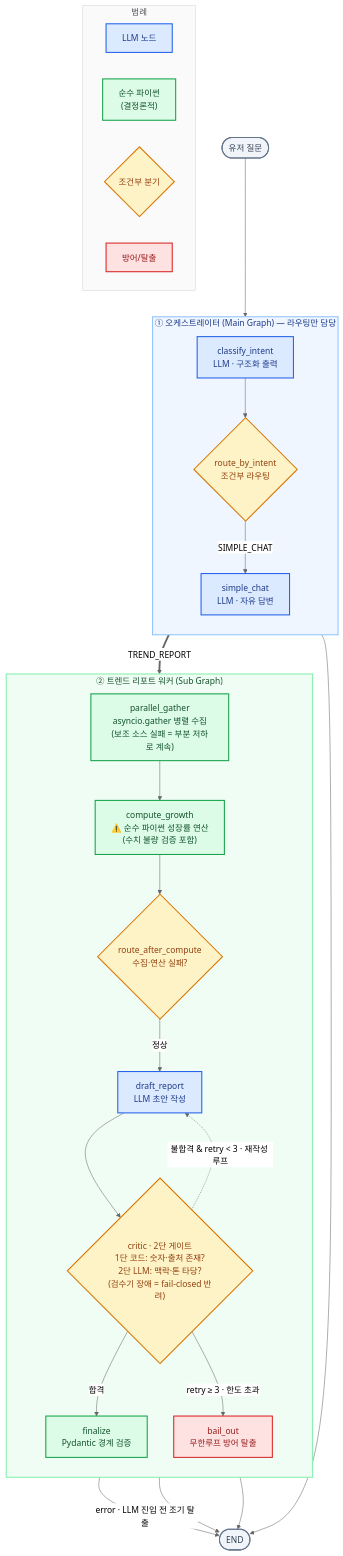
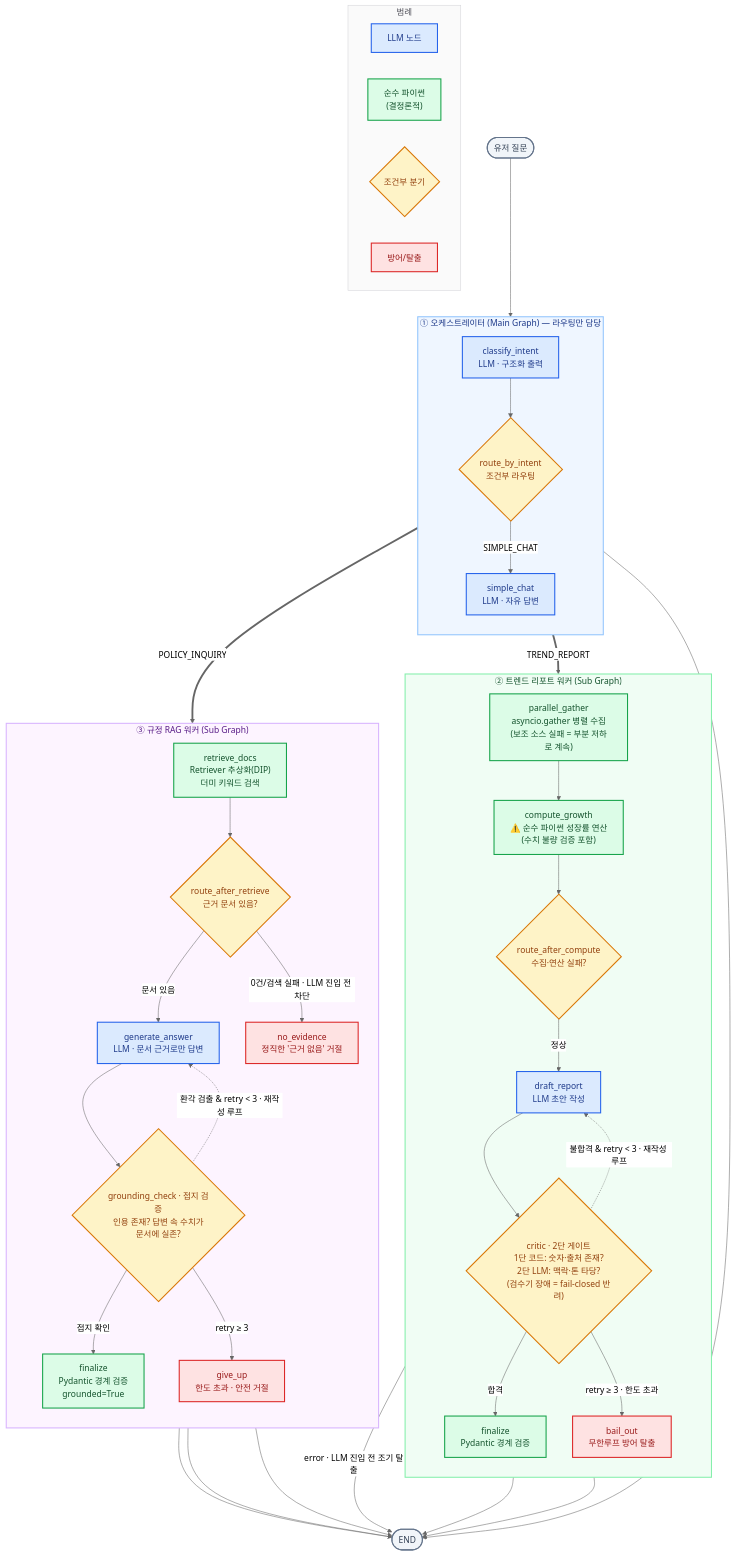
Before and after one commit to kskt1234-netizen/AI-customer-support-trend-report-agent: the diagram in README.md, drawn with Mermaid (neutral theme). The commit also changed other lines of this file and 1 other file, not shown here.

First line of the commit message:
docs: README·CLAUDE.md에 RAG 워커 아키텍처·접지 원칙 반영

````diff
--- a/README.md
+++ b/README.md
@@ -20,55 +21,77 @@
 ```mermaid
 flowchart TD
     U([유저 질문]):::io
 
     subgraph MAIN["① 오케스트레이터 (Main Graph) — 라우팅만 담당"]
         direction TB
         C["classify_intent<br/>LLM · 구조화 출력"]:::llm
         R{"route_by_intent<br/>조건부 라우팅"}:::branch
         S["simple_chat<br/>LLM · 자유 답변"]:::llm
         C --> R
         R -->|SIMPLE_CHAT| S
     end
 
     subgraph WORKER["② 트렌드 리포트 워커 (Sub Graph)"]
         direction TB
         G["parallel_gather<br/>asyncio.gather 병렬 수집<br/>(보조 소스 실패 = 부분 저하로 계속)"]:::code
         CG["compute_growth<br/>⚠️ 순수 파이썬 성장률 연산<br/>(수치 불량 검증 포함)"]:::code
         RC{"route_after_compute<br/>수집·연산 실패?"}:::branch
         D["draft_report<br/>LLM 초안 작성"]:::llm
         CR{"critic · 2단 게이트<br/>1단 코드: 숫자·출처 존재?<br/>2단 LLM: 맥락·톤 타당?<br/>(검수기 장애 = fail-closed 반려)"}:::branch
         F["finalize<br/>Pydantic 경계 검증"]:::code
         B["bail_out<br/>무한루프 방어 탈출"]:::guard
         G --> CG --> RC
         RC -->|정상| D --> CR
         CR -.->|"불합격 & retry < 3 · 재작성 루프"| D
         CR -->|합격| F
         CR -->|"retry ≥ 3 · 한도 초과"| B
     end
 
+    subgraph RAG["③ 규정 RAG 워커 (Sub Graph)"]
+        direction TB
+        RT["retrieve_docs<br/>Retriever 추상화(DIP)<br/>더미 키워드 검색"]:::code
+        RR{"route_after_retrieve<br/>근거 문서 있음?"}:::branch
+        GA["generate_answer<br/>LLM · 문서 근거로만 답변"]:::llm
+        GC{"grounding_check · 접지 검증<br/>인용 존재? 답변 속 수치가<br/>문서에 실존?"}:::branch
+        PF["finalize<br/>Pydantic 경계 검증<br/>grounded=True"]:::code
+        NE["no_evidence<br/>정직한 '근거 없음' 거절"]:::guard
+        GU["give_up<br/>한도 초과 · 안전 거절"]:::guard
+        RT --> RR
+        RR -->|문서 있음| GA --> GC
+        RR -->|"0건/검색 실패 · LLM 진입 전 차단"| NE
+        GC -.->|"환각 검출 & retry < 3 · 재작성 루프"| GA
+        GC -->|접지 확인| PF
+        GC -->|"retry ≥ 3"| GU
+    end
+
     U --> C
     R ==>|TREND_REPORT| G
+    R ==>|POLICY_INQUIRY| RT
     S --> E([END]):::io
     RC -->|"error · LLM 진입 전 조기 탈출"| E
     F --> E
     B --> E
+    PF --> E
+    NE --> E
+    GU --> E
 
     %% ── 범례 ──
     subgraph LEGEND["범례"]
         direction LR
         L1["LLM 노드"]:::llm
         L2["순수 파이썬<br/>(결정론적)"]:::code
         L3{"조건부 분기"}:::branch
         L4["방어/탈출"]:::guard
     end
 
     classDef llm fill:#dbeafe,stroke:#2563eb,stroke-width:2px,color:#1e3a8a;
     classDef code fill:#dcfce7,stroke:#16a34a,stroke-width:2px,color:#14532d;
     classDef branch fill:#fef3c7,stroke:#d97706,stroke-width:2px,color:#92400e;
     classDef guard fill:#fee2e2,stroke:#dc2626,stroke-width:2px,color:#991b1b;
     classDef io fill:#f1f5f9,stroke:#64748b,stroke-width:2px,color:#334155;
 
     style MAIN fill:#eff6ff,stroke:#93c5fd,stroke-width:2px,color:#1e3a8a;
     style WORKER fill:#f0fdf4,stroke:#86efac,stroke-width:2px,color:#14532d;
+    style RAG fill:#fdf4ff,stroke:#d8b4fe,stroke-width:2px,color:#581c87;
     style LEGEND fill:#fafafa,stroke:#d4d4d8,stroke-width:1px,color:#52525b;
 ```
````
